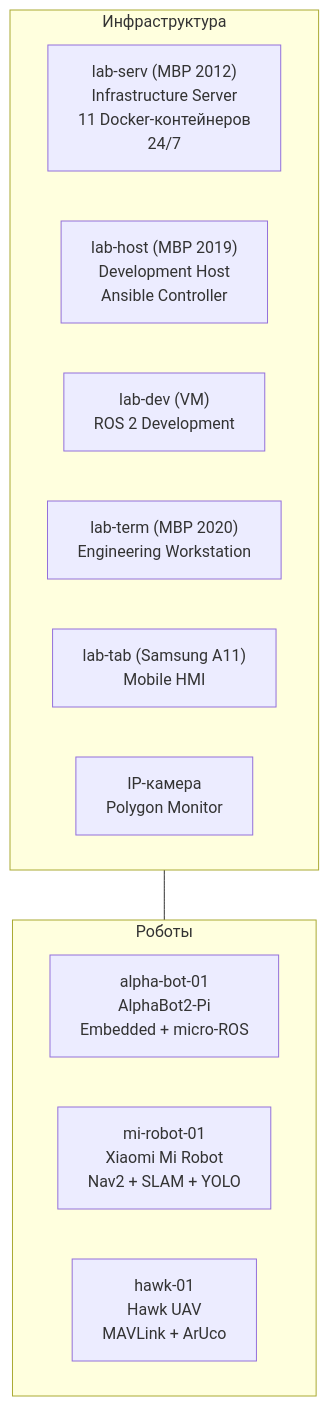
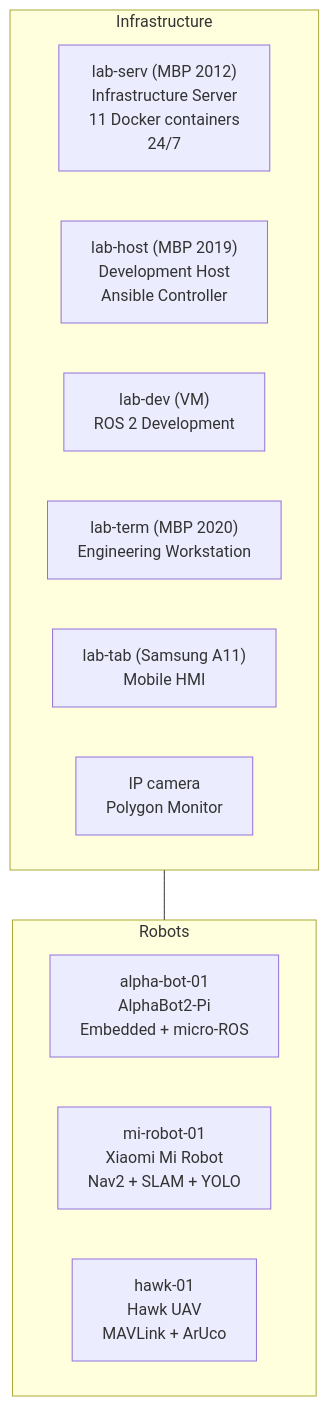
Before and after one commit to al-sapsan/AlphaBot: the diagram in README.md, drawn with Mermaid. The commit also changed other lines of this file, not shown here.

````diff
--- a/README.md
+++ b/README.md
@@ -27,19 +27,19 @@
 ```mermaid
 flowchart TB
-    subgraph INFRA["Инфраструктура"]
-        SRV["lab-serv (MBP 2012)\nInfrastructure Server\n11 Docker-контейнеров\n24/7"]
+    subgraph INFRA["Infrastructure"]
+        SRV["lab-serv (MBP 2012)\nInfrastructure Server\n11 Docker containers\n24/7"]
         HOST["lab-host (MBP 2019)\nDevelopment Host\nAnsible Controller"]
         DEV["lab-dev (VM)\nROS 2 Development"]
         TERM["lab-term (MBP 2020)\nEngineering Workstation"]
         TAB["lab-tab (Samsung A11)\nMobile HMI"]
-        CAM["IP-камера\nPolygon Monitor"]
+        CAM["IP camera\nPolygon Monitor"]
     end
 
-    subgraph ROBOTS["Роботы"]
+    subgraph ROBOTS["Robots"]
         ALPHA["alpha-bot-01\nAlphaBot2-Pi\nEmbedded + micro-ROS"]
         MI["mi-robot-01\nXiaomi Mi Robot\nNav2 + SLAM + YOLO"]
         HAWK["hawk-01\nHawk UAV\nMAVLink + ArUco"]
     end
 
     INFRA --- ROBOTS
 ```
````
